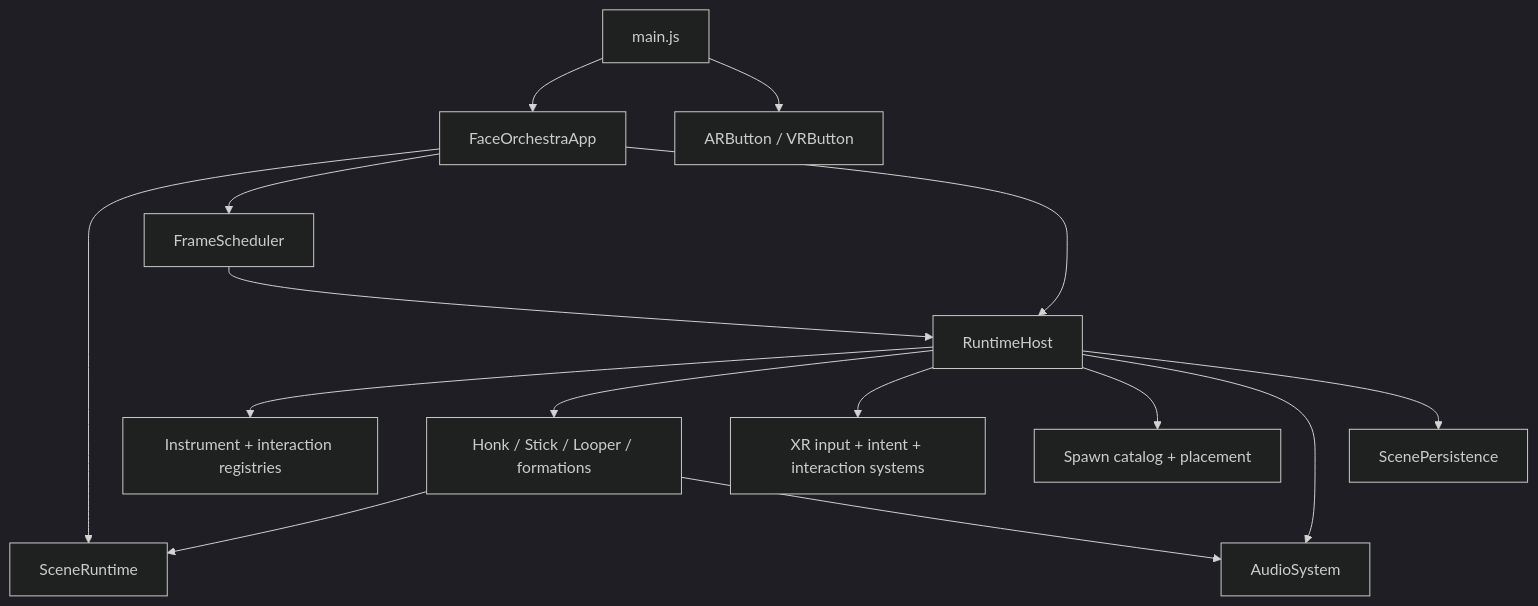
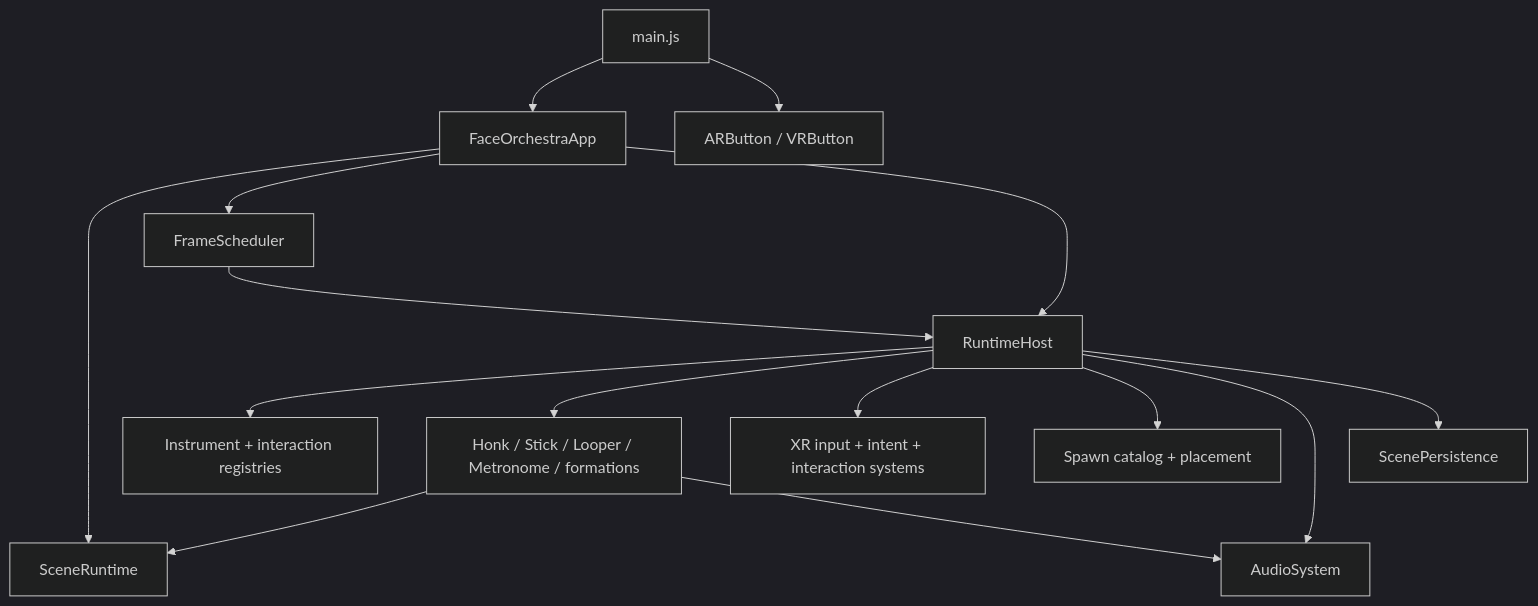
Before and after one commit to adityade8k/FaceOrchestra: the diagram in docs/architecture.md, drawn with Mermaid (dark theme). The commit also changed other lines of this file and 55 other files, not shown here.

````diff
--- a/docs/architecture.md
+++ b/docs/architecture.md
@@ -39,17 +41,17 @@
 ```mermaid
 flowchart TD
     Main[main.js] --> App[FaceOrchestraApp]
     Main --> XRButton[ARButton / VRButton]
     App --> Scene[SceneRuntime]
     App --> Scheduler[FrameScheduler]
     App --> Host[RuntimeHost]
     Host --> Registries[Instrument + interaction registries]
-    Host --> Domains[Honk / Stick / Looper / formations]
+    Host --> Domains[Honk / Stick / Looper / Metronome / formations]
     Host --> XR[XR input + intent + interaction systems]
     Host --> Spawn[Spawn catalog + placement]
     Host --> Audio[AudioSystem]
     Host --> Persistence[ScenePersistence]
     Domains --> Scene
     Domains --> Audio
     Scheduler --> Host
 ```
````
